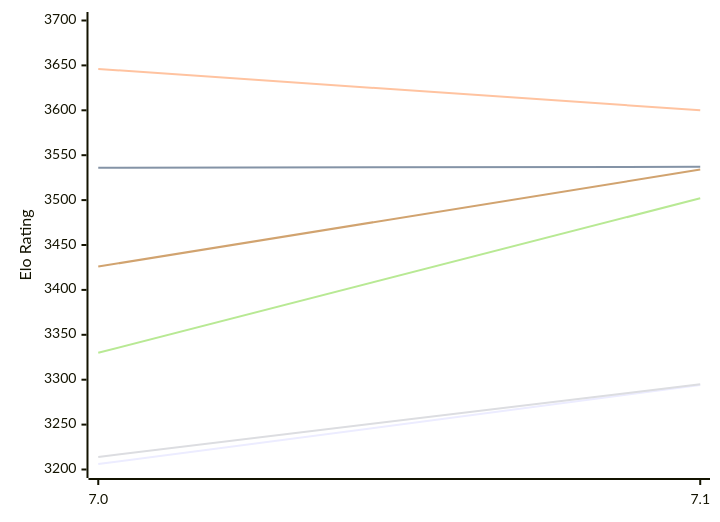
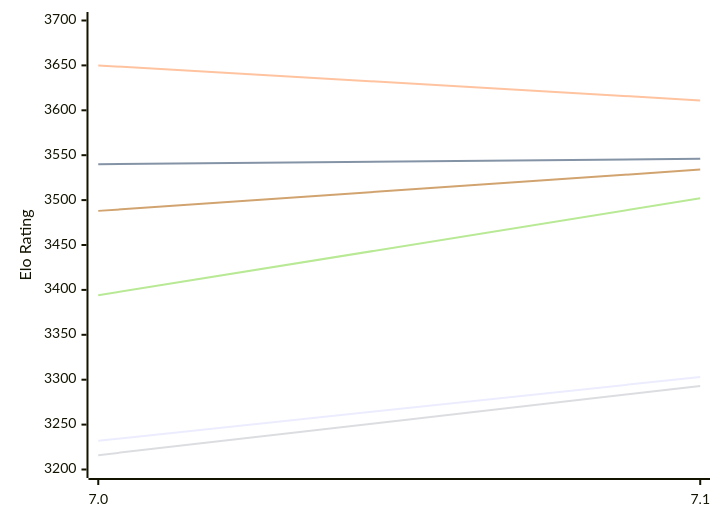
The first of 2 diagrams in engines/PZChessBot.md (computer-chess-index/cci), drawn with Mermaid before and after one commit. The commit also changed other lines of this file, not shown here.

Commit message:
Update CCI Ratings (ELO VLTC) - 2026-11-16

````diff
--- a/engines/PZChessBot.md
+++ b/engines/PZChessBot.md
@@ -53,12 +53,12 @@
 ```mermaid
 %%{init: {"theme":"base","themeVariables":{"seriesColors:['#a3a3a3','#222221','#faa371']}}}%%
 xychart-beta
   x-axis ["7.0", "7.1"]
   y-axis "Elo Rating" 3200 --> 3700
-  line "E1: STC (8.0+0.08s)" [3206, 3294]
-  line "E1: LTC (60.0+0.60s)" [3536, 3537]
-  line "E1: VLTC (2m24s+1.12s)" [3646, 3600]
-  line "P1: STC (8.0+0.08s)" [3214, 3295]
-  line "P1: LTC (60.0+0.60s)" [3330, 3502]
-  line "P1: VLTC (2m24s+1.12s)" [3426, 3534]
+  line "E1: STC (8.0+0.08s)" [3232, 3303]
+  line "E1: LTC (60.0+0.60s)" [3540, 3546]
+  line "E1: VLTC (2m24s+1.12s)" [3650, 3611]
+  line "P1: STC (8.0+0.08s)" [3216, 3293]
+  line "P1: LTC (60.0+0.60s)" [3394, 3502]
+  line "P1: VLTC (2m24s+1.12s)" [3488, 3534]
 ```
````
